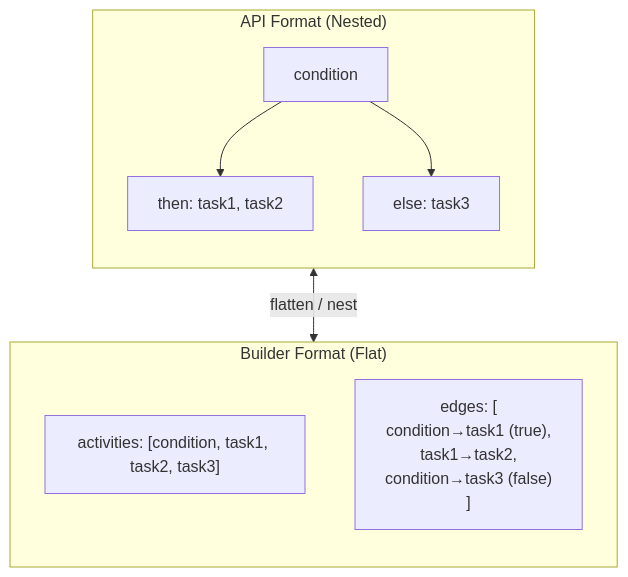
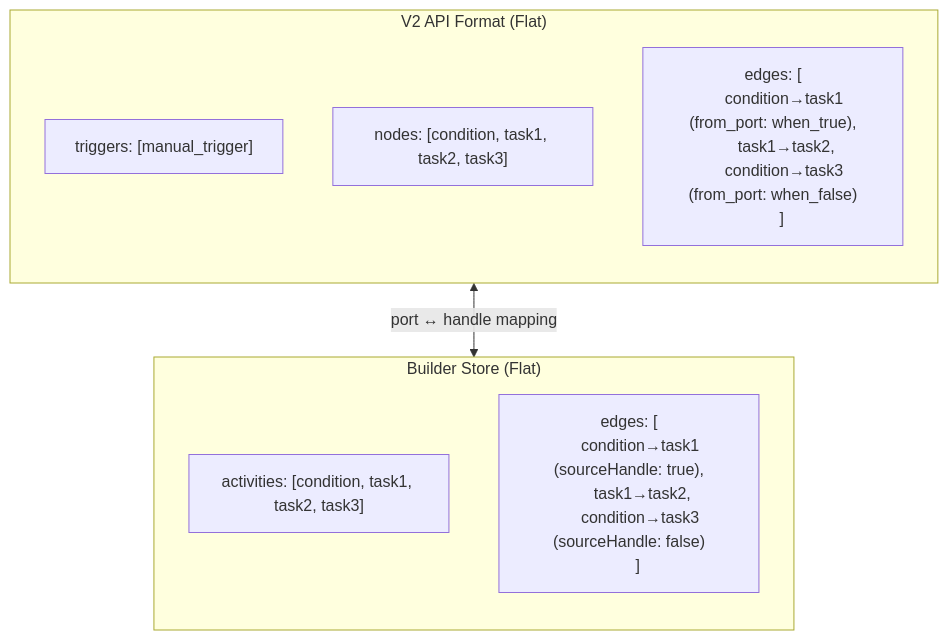
Before and after one commit to alinabuzachis/syntara: the ninth of 18 diagrams in docs/architecture.md, drawn with Mermaid. The commit also changed other lines of this file and 6 other files, not shown here.

First line of the commit message:
chore(docs): update and simplify all docs for v2 workflow schema (#533)

````diff
--- a/docs/architecture.md
+++ b/docs/architecture.md
@@ -712,23 +715,25 @@
 ```mermaid
 flowchart TB
-  subgraph Nested["API Format (Nested)"]
+  subgraph API["V2 API Format (Flat)"]
     direction TB
-    N1[condition]
-    N2[then: task1, task2]
-    N3[else: task3]
-    N1 --> N2
-    N1 --> N3
-  end
-
-  subgraph Flat["Builder Format (Flat)"]
-    direction TB
-    F1["activities: [condition, task1, task2, task3]"]
-    F2["edges: [
-      condition→task1 (true),
+    A1["triggers: [manual_trigger]"]
+    A2["nodes: [condition, task1, task2, task3]"]
+    A3["edges: [
+      condition→task1 (from_port: when_true),
       task1→task2,
-      condition→task3 (false)
+      condition→task3 (from_port: when_false)
     ]"]
   end
 
-  Nested <-->|"flatten / nest"| Flat
+  subgraph Store["Builder Store (Flat)"]
+    direction TB
+    S1["activities: [condition, task1, task2, task3]"]
+    S2["edges: [
+      condition→task1 (sourceHandle: true),
+      task1→task2,
+      condition→task3 (sourceHandle: false)
+    ]"]
+  end
+
+  API <-->|"port ↔ handle mapping"| Store
 ```
````
